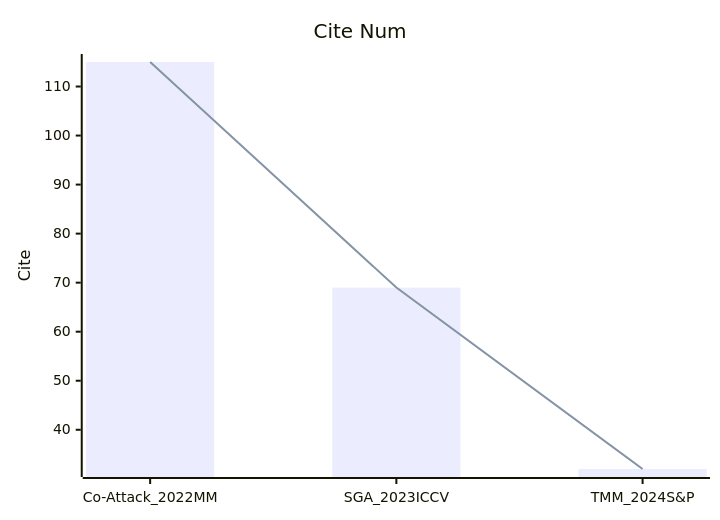
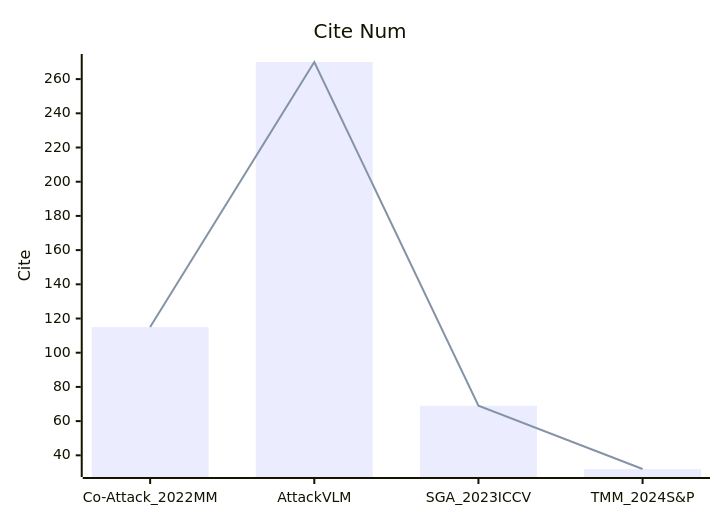
The fourth of 5 diagrams in Attack/Adversarial_Attack/VLP/analyse.md (Elephant-King9/Paper), drawn with Mermaid before and after one commit. The commit also changed other lines of this file and 10 other files, not shown here.

````diff
--- a/Attack/Adversarial_Attack/VLP/analyse.md
+++ b/Attack/Adversarial_Attack/VLP/analyse.md
@@ -38,9 +44,9 @@
 ```mermaid
 
     xychart-beta
     title "Cite Num"
-    x-axis [Co-Attack_2022MM, SGA_2023ICCV, TMM_2024S&P]
+    x-axis [Co-Attack_2022MM, AttackVLM,SGA_2023ICCV, TMM_2024S&P]
     y-axis "Cite" 
-    bar [115,69,32]
-    line [115,69,32]
+    bar [115, 270,69,32]
+    line [115, 270,69,32]
 ```
````
